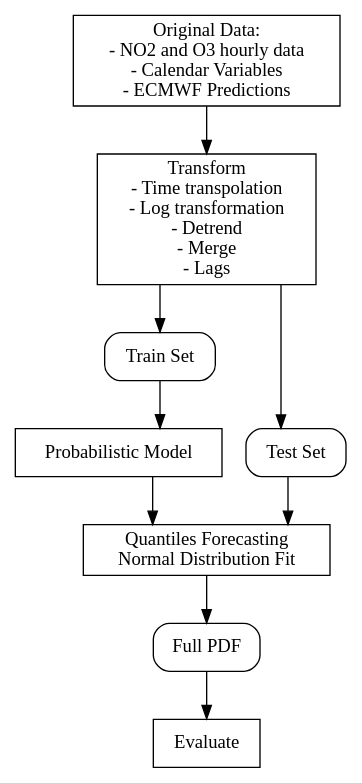
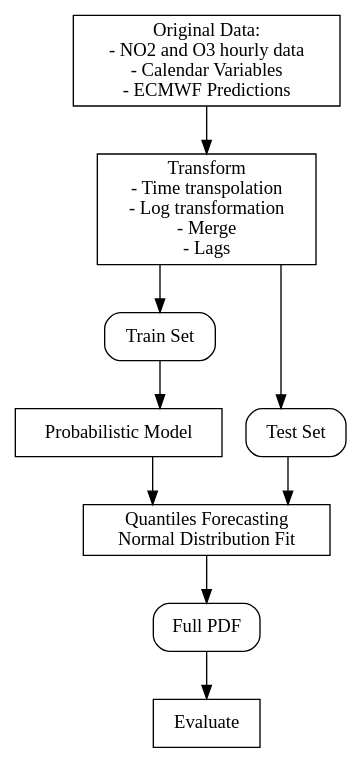
The diagram in diagrams/data_flow.rf.dot (rezpe/proba_article), drawn with Graphviz before and after one commit. The commit also changed 9 other files, not shown here.

```diff
--- a/diagrams/data_flow.rf.dot
+++ b/diagrams/data_flow.rf.dot
@@ -1,41 +1,40 @@
 // Generate with dot -Tpng data_flow.dot -o flow.png
 
 digraph {
 
 rankdir="TB"
 graph [splines=ortho]
 
 data[shape="box"  label="Original Data:
 - NO2 and O3 hourly data
 - Calendar Variables
 - ECMWF Predictions"]
 
 a[shape="box"  label="Transform
 - Time transpolation
 - Log transformation
-- Detrend
 - Merge
 - Lags"]
 
 b[shape="round" style="rounded" label="Train Set"]
 c[shape="round" style="rounded" label="Test Set"]
 
 d[shape="round" label="Probabilistic Model"]
 
 quantforecast[shape="round" label="Quantiles Forecasting
 Normal Distribution Fit"]
 
 g[shape="round" style="rounded" label="Full PDF"]
 h[shape="round"  label="Evaluate"]
 
 data -> a;
 a -> b;
 a -> c;
 b -> d;
 d -> quantforecast;
 c -> quantforecast;
 quantforecast -> g;
 g -> h;
 
 
 }
```
